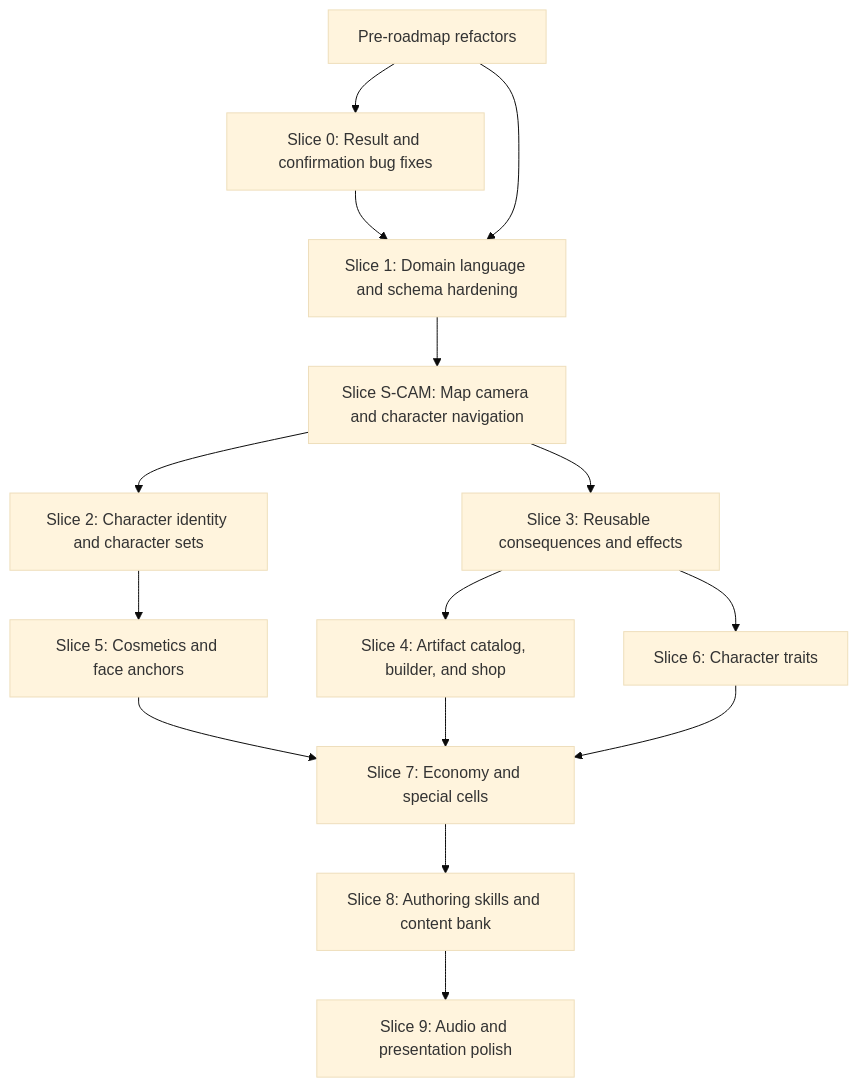
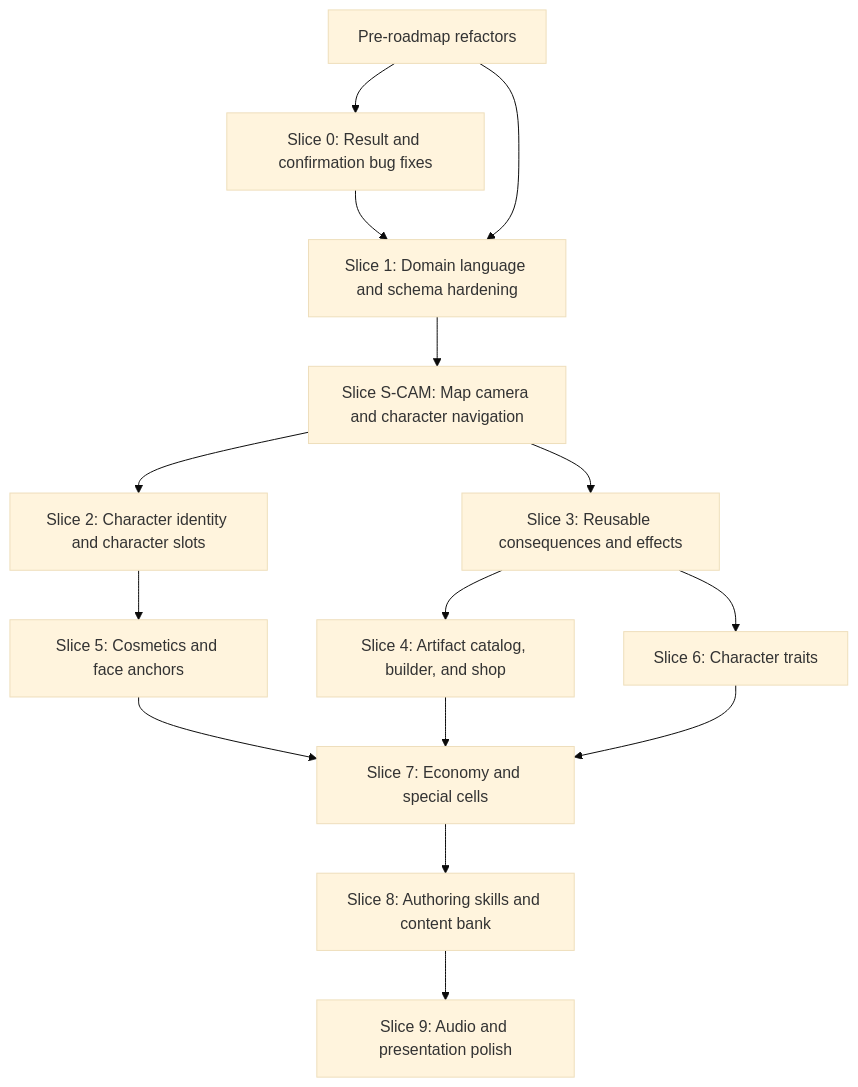
One commit to javspad/Essence changed the diagram in ROADMAP.md. Above: the diagram before and after it, drawn with Mermaid (base theme). The commit also changed other lines of this file and 31 other files, not shown here.

Commit message:
Refactor Essence artifact builder and shop flow

````diff
--- a/ROADMAP.md
+++ b/ROADMAP.md
@@ -131,17 +144,17 @@
 ```mermaid
 flowchart TD
   R["Pre-roadmap refactors"] --> A["Slice 0: Result and confirmation bug fixes"]
   R --> B["Slice 1: Domain language and schema hardening"]
   A --> B
   B --> CAM["Slice S-CAM: Map camera and character navigation"]
-  CAM --> C["Slice 2: Character identity and character sets"]
+  CAM --> C["Slice 2: Character identity and character slots"]
   CAM --> D["Slice 3: Reusable consequences and effects"]
   D --> E["Slice 4: Artifact catalog, builder, and shop"]
   C --> F["Slice 5: Cosmetics and face anchors"]
   D --> G["Slice 6: Character traits"]
   E --> H["Slice 7: Economy and special cells"]
   F --> H
   G --> H
   H --> I["Slice 8: Authoring skills and content bank"]
   I --> J["Slice 9: Audio and presentation polish"]
 ```
````
